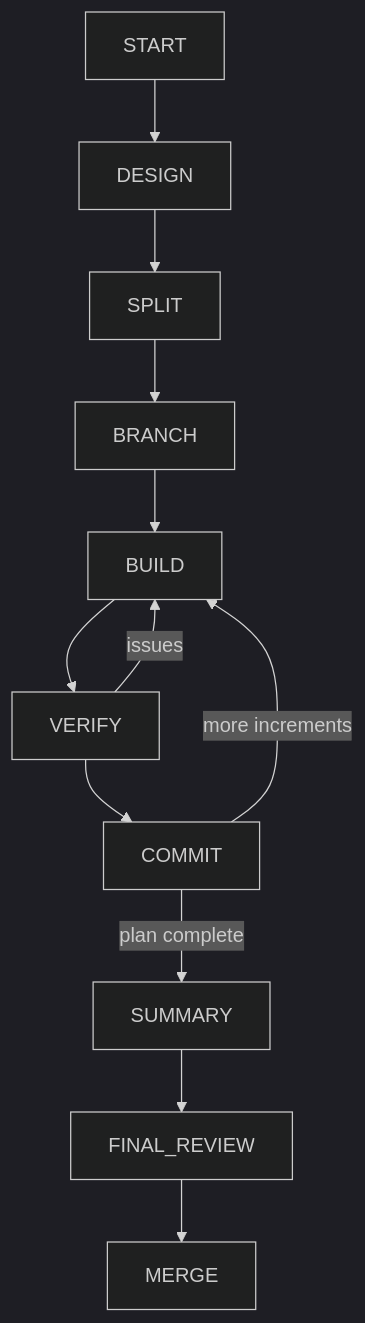
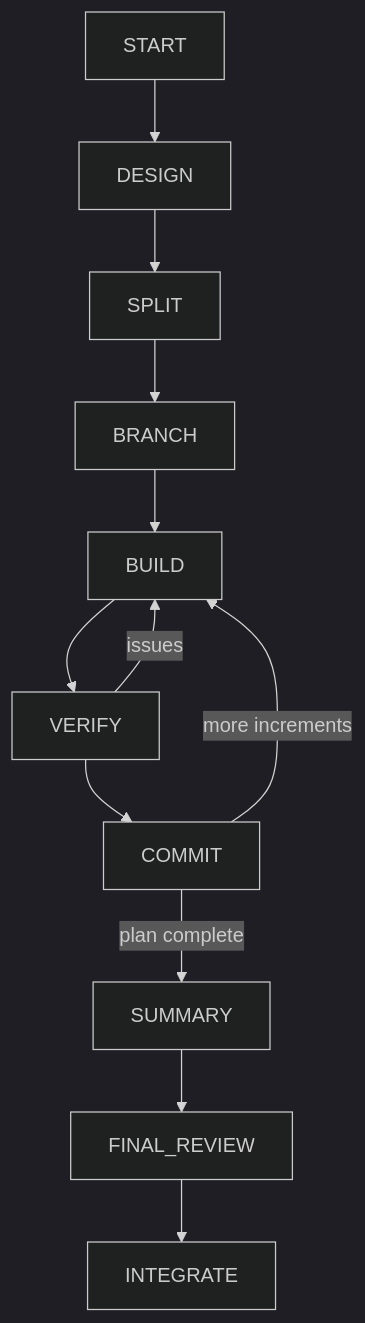
One commit to an-dr/agents changed the second of 3 diagrams in README.md. Above: the diagram before and after it, drawn with Mermaid (dark theme). The commit also changed other lines of this file and 8 other files, not shown here.

````diff
--- a/README.md
+++ b/README.md
@@ -23,7 +23,7 @@
 ```mermaid
 flowchart TD
 START --> DESIGN --> SPLIT --> BRANCH --> BUILD --> VERIFY --> COMMIT
 VERIFY -->|issues| BUILD
 COMMIT -->|more increments| BUILD
-COMMIT -->|plan complete| SUMMARY --> FINAL_REVIEW --> MERGE
+COMMIT -->|plan complete| SUMMARY --> FINAL_REVIEW --> INTEGRATE
 ```
````
